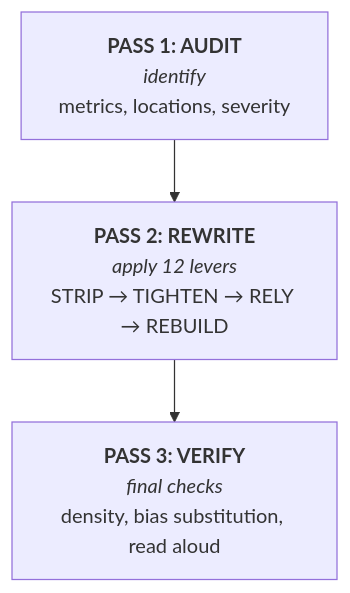
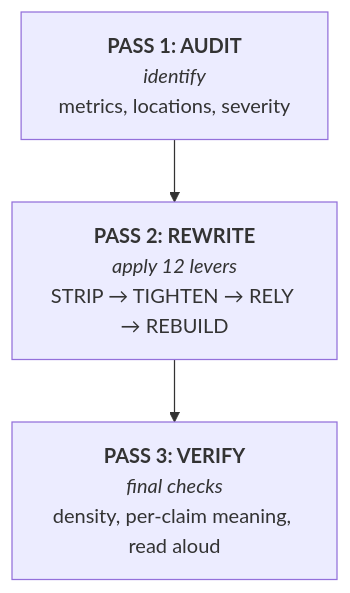
The diagram in docs/skills-overview.md (11111000000/agents-writing-skills), drawn with Mermaid before and after one commit. The commit also changed other lines of this file and 33 other files, not shown here.

````diff
--- a/docs/skills-overview.md
+++ b/docs/skills-overview.md
@@ -29,5 +54,5 @@
 ```mermaid
 flowchart TB
     A["<b>PASS 1: AUDIT</b><br/><i>identify</i><br/>metrics, locations, severity"] --> B["<b>PASS 2: REWRITE</b><br/><i>apply 12 levers</i><br/>STRIP → TIGHTEN → RELY → REBUILD"]
-    B --> C["<b>PASS 3: VERIFY</b><br/><i>final checks</i><br/>density, bias substitution, read aloud"]
+    B --> C["<b>PASS 3: VERIFY</b><br/><i>final checks</i><br/>density, per-claim meaning, read aloud"]
 ```
````
